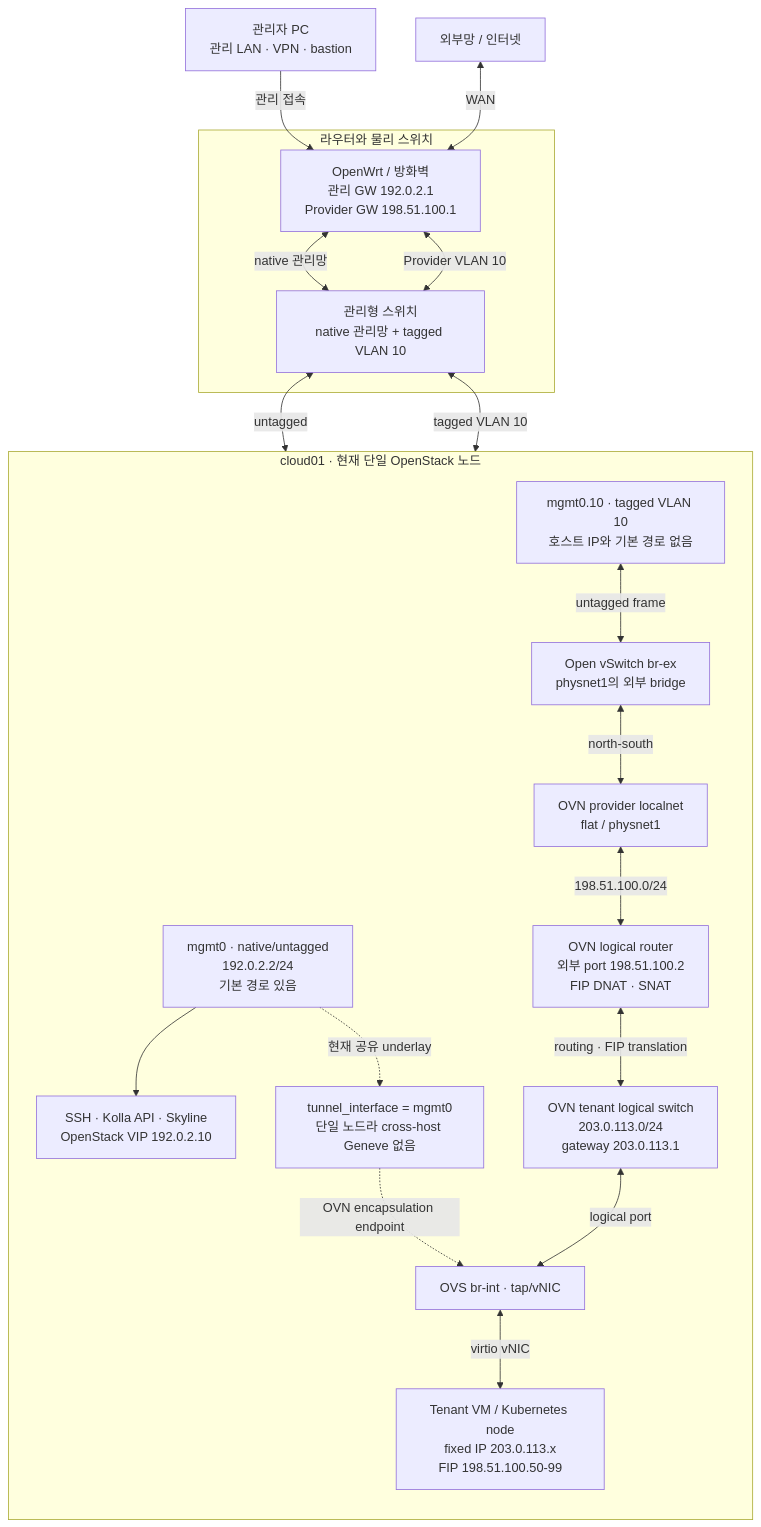
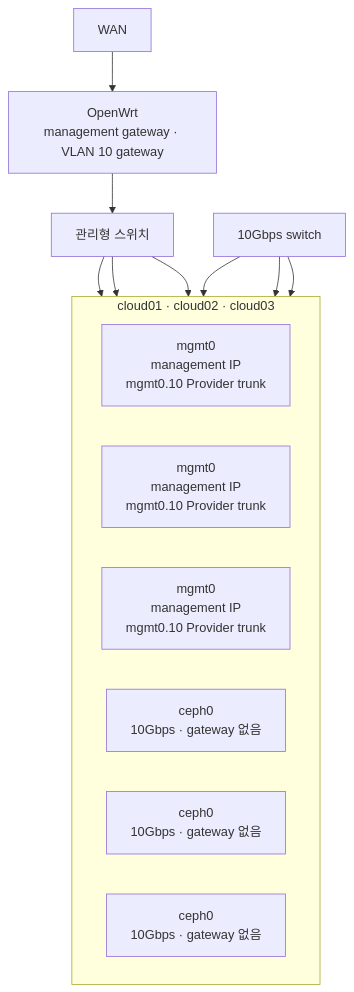
One commit to overture-1928/Infra changed the first of 2 diagrams in docs/network-segmentation.md. Above: the diagram before and after it, drawn with Mermaid. The commit also changed other lines of this file and 39 other files, not shown here.

First line of the commit message:
Deploy fresh three-node Ceph OpenStack

````diff
--- a/docs/network-segmentation.md
+++ b/docs/network-segmentation.md
@@ -31,42 +8,23 @@
 ```mermaid
 flowchart TB
-    admin["관리자 PC<br/>관리 LAN · VPN · bastion"]
-    internet["외부망 / 인터넷"]
+  WAN["WAN"] --> OW["OpenWrt<br/>management gateway · VLAN 10 gateway"]
+  OW --> SW["관리형 스위치"]
 
-    subgraph edge["라우터와 물리 스위치"]
-        router["OpenWrt / 방화벽<br/>관리 GW 192.0.2.1<br/>Provider GW 198.51.100.1"]
-        switch["관리형 스위치<br/>native 관리망 + tagged VLAN 10"]
-    end
+  subgraph HOSTS["cloud01 · cloud02 · cloud03"]
+    direction LR
+    M1["mgmt0<br/>management IP<br/>mgmt0.10 Provider trunk"]
+    M2["mgmt0<br/>management IP<br/>mgmt0.10 Provider trunk"]
+    M3["mgmt0<br/>management IP<br/>mgmt0.10 Provider trunk"]
+    S1["ceph0<br/>10Gbps · gateway 없음"]
+    S2["ceph0<br/>10Gbps · gateway 없음"]
+    S3["ceph0<br/>10Gbps · gateway 없음"]
+  end
 
-    subgraph cloud01["cloud01 · 현재 단일 OpenStack 노드"]
-        direction TB
-        mgmt["mgmt0 · native/untagged<br/>192.0.2.2/24<br/>기본 경로 있음"]
-        api["SSH · Kolla API · Skyline<br/>OpenStack VIP 192.0.2.10"]
-        extif["mgmt0.10 · tagged VLAN 10<br/>호스트 IP와 기본 경로 없음"]
-        brex["Open vSwitch br-ex<br/>physnet1의 외부 bridge"]
-        localnet["OVN provider localnet<br/>flat / physnet1"]
-        lrouter["OVN logical router<br/>외부 port 198.51.100.2<br/>FIP DNAT · SNAT"]
-        lswitch["OVN tenant logical switch<br/>203.0.113.0/24<br/>gateway 203.0.113.1"]
-        brint["OVS br-int · tap/vNIC"]
-        vm["Tenant VM / Kubernetes node<br/>fixed IP 203.0.113.x<br/>FIP 198.51.100.50-99"]
-        tunnel["tunnel_interface = mgmt0<br/>단일 노드라 cross-host Geneve 없음"]
-    end
+  SW --> M1
+  SW --> M2
+  SW --> M3
 
-    admin -->|"관리 접속"| router
-    internet <-->|"WAN"| router
-    router <-->|"native 관리망"| switch
-    switch <-->|"untagged"| mgmt
-    mgmt --> api
-
-    router <-->|"Provider VLAN 10"| switch
-    switch <-->|"tagged VLAN 10"| extif
-    extif <-->|"untagged frame"| brex
-    brex <-->|"north-south"| localnet
-    localnet <-->|"198.51.100.0/24"| lrouter
-    lrouter <-->|"routing · FIP translation"| lswitch
-    lswitch <-->|"logical port"| brint
-    brint <-->|"virtio vNIC"| vm
-
-    mgmt -.->|"현재 공유 underlay"| tunnel
-    tunnel -.->|"OVN encapsulation endpoint"| brint
+  CSW["10Gbps switch"] --> S1
+  CSW --> S2
+  CSW --> S3
 ```
````
